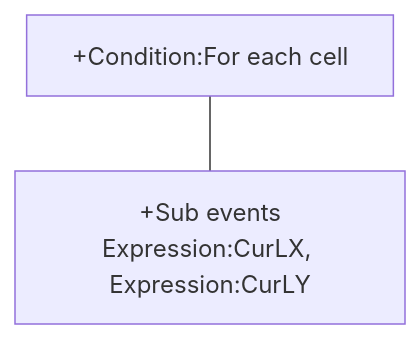
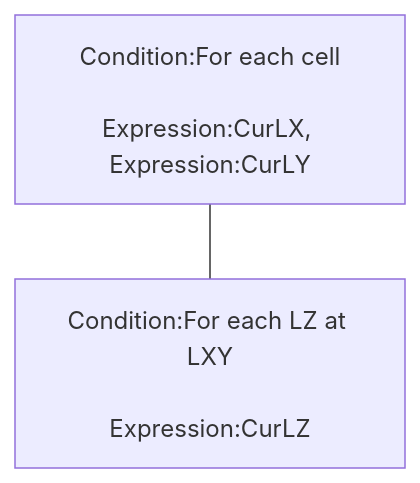
Before and after one commit to rexrainbow/C2RexDoc: the second of 4 diagrams in plugins.md/rex_board.md, drawn with Mermaid. The commit also changed other lines of this file and 4 other files, not shown here.

````diff
--- a/plugins.md/rex_board.md
+++ b/plugins.md/rex_board.md
@@ -116,4 +94,4 @@
 ```mermaid
 graph TB
-CndForEachCell[+Condition:For each cell] --- Subevent[+Sub events<br>Expression:CurLX, Expression:CurLY]
+CndForEachCell[Condition:For each cell<br>  <br>Expression:CurLX, Expression:CurLY] --- CndForEachLZ[Condition:For each LZ at LXY<br> <br>Expression:CurLZ]
 ```
````
